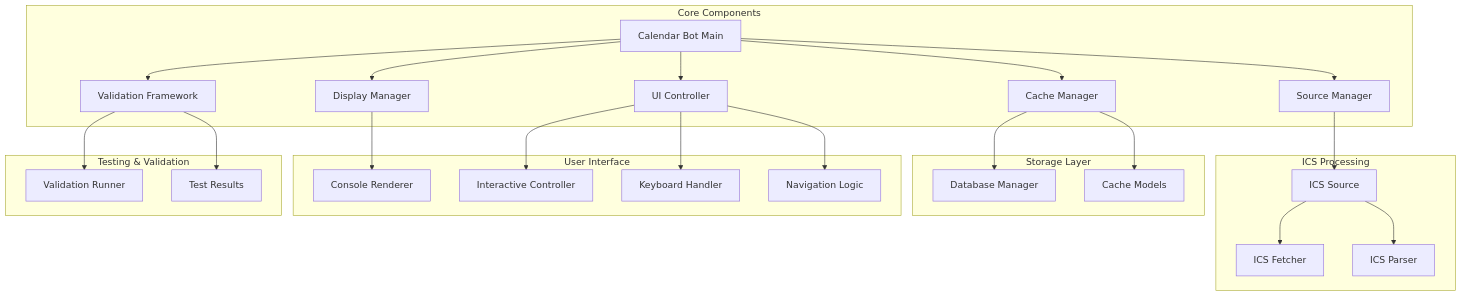
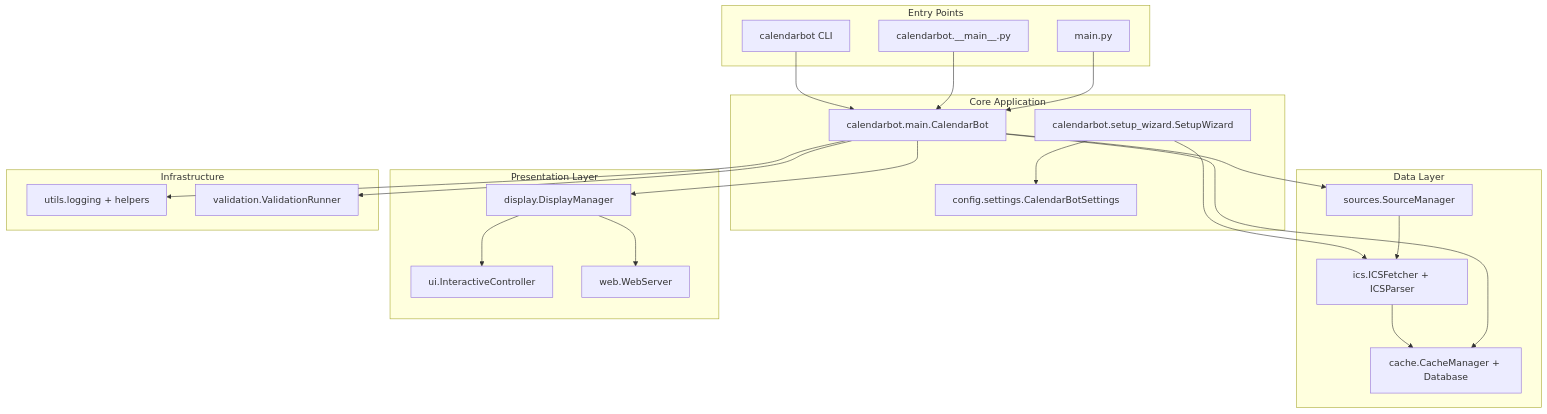
Before and after one commit to bencan1a/calendarBot: the first of 3 diagrams in ARCHITECTURE.md, drawn with Mermaid. The commit also changed other lines of this file and 11 other files, not shown here.

Commit message:
Refactor user stories for ICS Calendar Display Bot: update epics, stories, and acceptance criteria to reflect new functionality and architecture. Enhance error handling, caching strategies, and multi-source support while improving usability and performance requirements.

````diff
--- a/ARCHITECTURE.md
+++ b/ARCHITECTURE.md
@@ -105,56 +40,51 @@
 ```mermaid
 graph TB
-    A[Calendar Bot Main] --> B[Source Manager]
-    A --> C[Cache Manager]
-    A --> D[Display Manager]
-    A --> E[UI Controller]
-    A --> F[Validation Framework]
-    
-    B --> G[ICS Source]
-    G --> H[ICS Fetcher]
-    G --> I[ICS Parser]
-    
-    C --> J[Database Manager]
-    C --> K[Cache Models]
-    
-    D --> L[Console Renderer]
-    
-    E --> M[Interactive Controller]
-    E --> N[Keyboard Handler]
-    E --> O[Navigation Logic]
-    
-    F --> P[Validation Runner]
-    F --> Q[Test Results]
-    
-    subgraph "Core Components"
-        A
-        B
-        C
-        D
-        E
-        F
+    subgraph "Entry Points"
+        EP1[main.py]
+        EP2[calendarbot.__main__.py]
+        EP3[calendarbot CLI]
     end
     
-    subgraph "ICS Processing"
-        G
-        H
-        I
+    subgraph "Core Application"
+        MAIN[calendarbot.main.CalendarBot]
+        SETTINGS[config.settings.CalendarBotSettings]
+        WIZARD[calendarbot.setup_wizard.SetupWizard]
     end
     
-    subgraph "Storage Layer"
-        J
-        K
+    subgraph "Data Layer"
+        SOURCES[sources.SourceManager]
+        ICS[ics.ICSFetcher + ICSParser]
+        CACHE[cache.CacheManager + Database]
     end
     
-    subgraph "User Interface"
-        L
-        M
-        N
-        O
+    subgraph "Presentation Layer"
+        DISPLAY[display.DisplayManager]
+        UI[ui.InteractiveController]
+        WEB[web.WebServer]
     end
     
-    subgraph "Testing & Validation"
-        P
-        Q
+    subgraph "Infrastructure"
+        UTILS[utils.logging + helpers]
+        VALIDATION[validation.ValidationRunner]
     end
+    
+    EP1 --> MAIN
+    EP2 --> MAIN
+    EP3 --> MAIN
+    
+    MAIN --> SOURCES
+    MAIN --> CACHE
+    MAIN --> DISPLAY
+    
+    SOURCES --> ICS
+    ICS --> CACHE
+    
+    DISPLAY --> UI
+    DISPLAY --> WEB
+    
+    MAIN --> VALIDATION
+    MAIN --> UTILS
+    
+    WIZARD --> SETTINGS
+    WIZARD --> ICS
 ```
````
